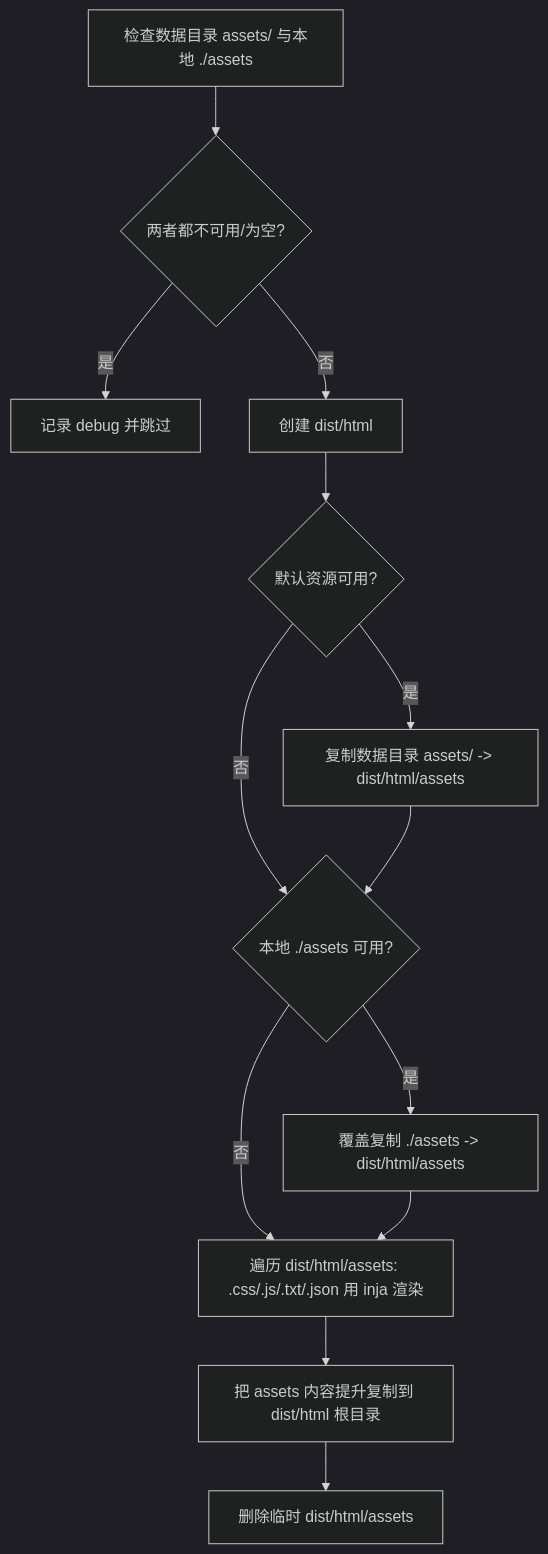
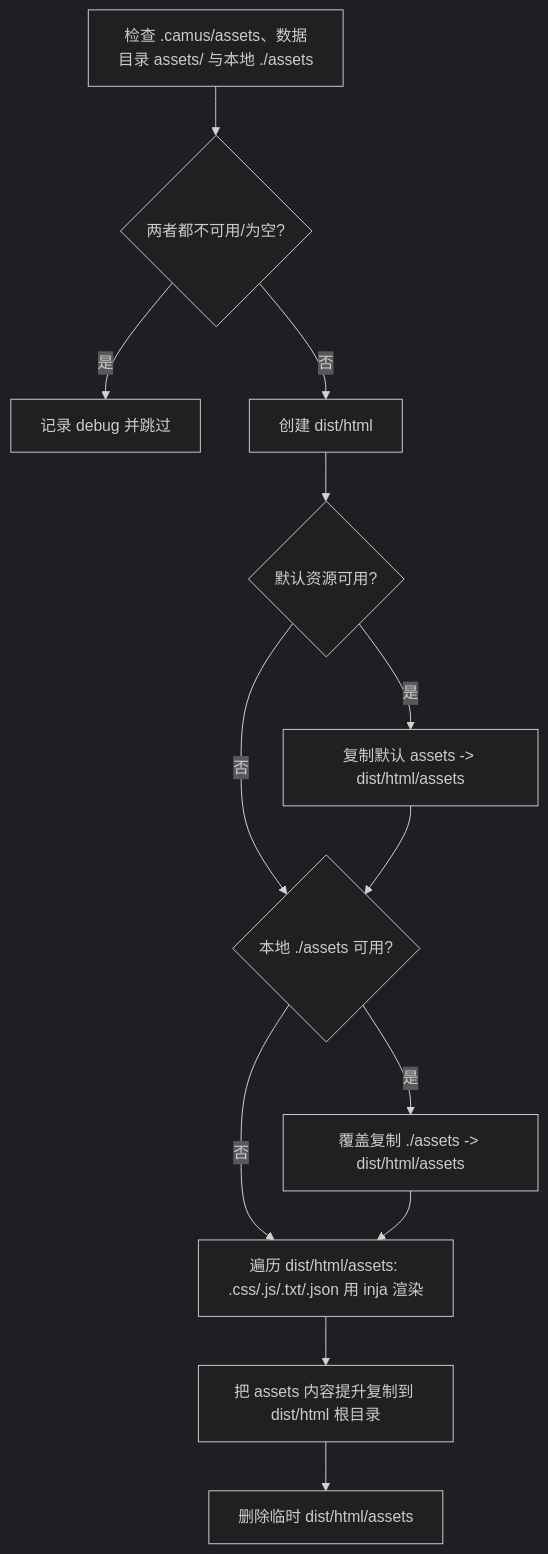
One commit to o8x/camus changed the first of 2 diagrams in docs/prd/06-output.md. Above: the diagram before and after it, drawn with Mermaid (dark theme). The commit also changed other lines of this file and 17 other files, not shown here.

````diff
--- a/docs/prd/06-output.md
+++ b/docs/prd/06-output.md
@@ -135,15 +135,15 @@
 ```mermaid
 flowchart TD
-    A[检查数据目录 assets/ 与本地 ./assets] --> B{两者都不可用/为空?}
+    A[检查 .camus/assets、数据目录 assets/ 与本地 ./assets] --> B{两者都不可用/为空?}
     B -->|是| Z[记录 debug 并跳过]
     B -->|否| C[创建 dist/html]
     C --> D{默认资源可用?}
-    D -->|是| E[复制数据目录 assets/ -> dist/html/assets]
+    D -->|是| E[复制默认 assets -> dist/html/assets]
     D -->|否| F
     E --> F{本地 ./assets 可用?}
     F -->|是| G[覆盖复制 ./assets -> dist/html/assets]
     F -->|否| H
     G --> H[遍历 dist/html/assets: .css/.js/.txt/.json 用 inja 渲染]
     H --> I[把 assets 内容提升复制到 dist/html 根目录]
     I --> J[删除临时 dist/html/assets]
 ```
````
